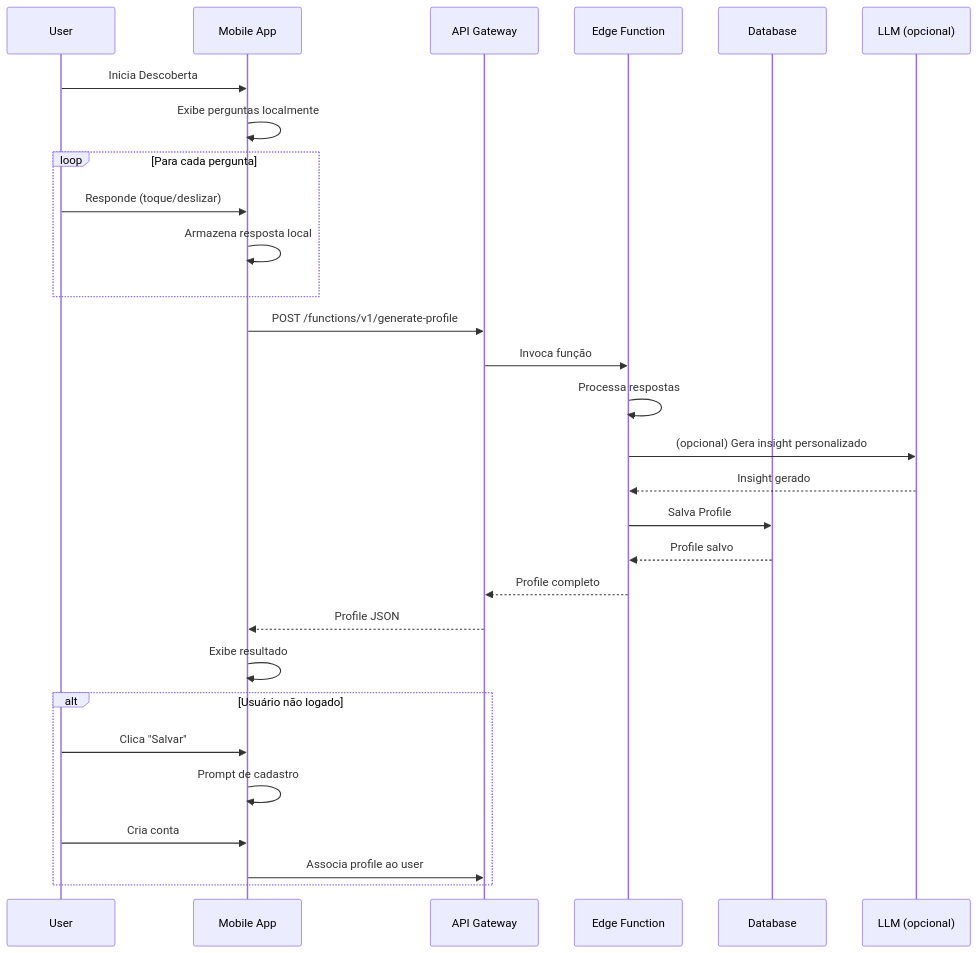
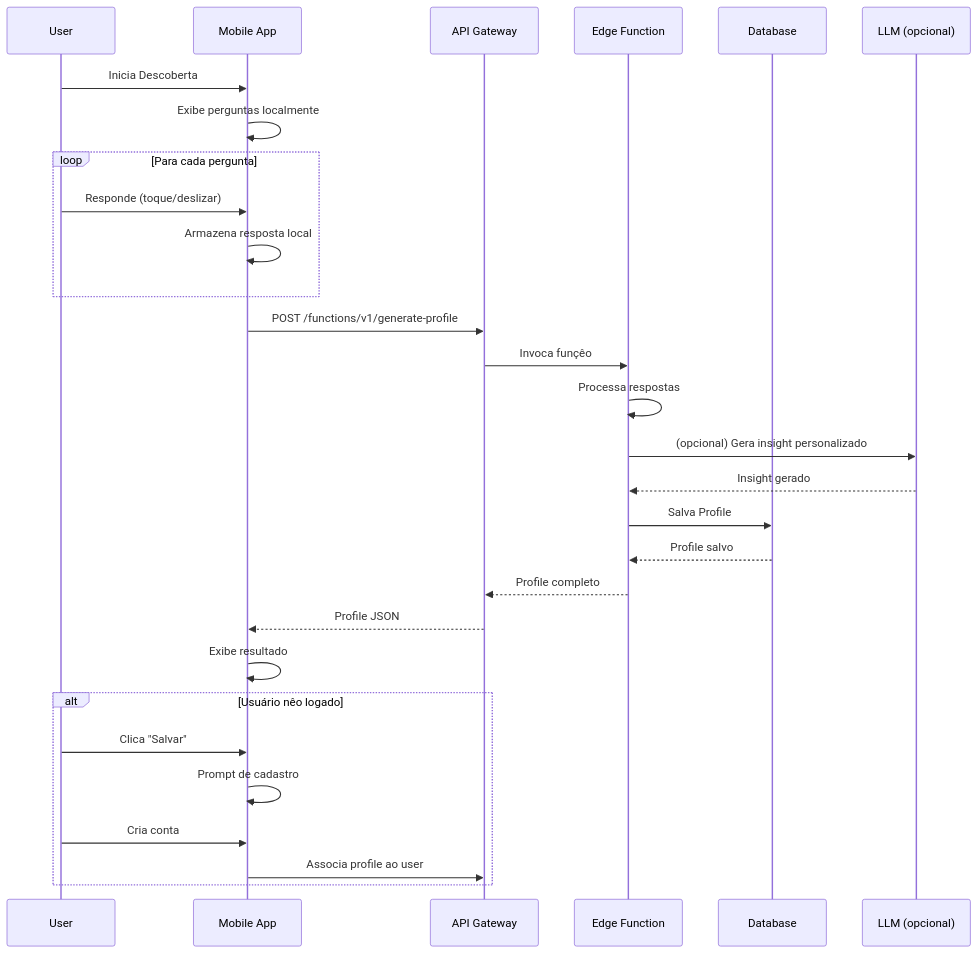
The fourth of 7 diagrams in docs/architecture.md (linnoff88-dev/arckhe-NCIAFlux), drawn with Mermaid before and after one commit. The commit also changed other lines of this file and 100 other files, not shown here.

````diff
--- a/docs/architecture.md
+++ b/docs/architecture.md
@@ -575,35 +575,35 @@
 ```mermaid
 sequenceDiagram
     participant U as User
     participant M as Mobile App
     participant A as API Gateway
     participant E as Edge Function
     participant D as Database
     participant L as LLM (opcional)
 
     U->>M: Inicia Descoberta
     M->>M: Exibe perguntas localmente
 
     loop Para cada pergunta
         U->>M: Responde (toque/deslizar)
         M->>M: Armazena resposta local
     end
 
     M->>A: POST /functions/v1/generate-profile
-    A->>E: Invoca função
+    A->>E: Invoca funçêo
     E->>E: Processa respostas
     E->>L: (opcional) Gera insight personalizado
     L-->>E: Insight gerado
     E->>D: Salva Profile
     D-->>E: Profile salvo
     E-->>A: Profile completo
     A-->>M: Profile JSON
     M->>M: Exibe resultado
 
-    alt Usuário não logado
+    alt Usuário nêo logado
         U->>M: Clica "Salvar"
         M->>M: Prompt de cadastro
         U->>M: Cria conta
         M->>A: Associa profile ao user
     end
 ```
````
